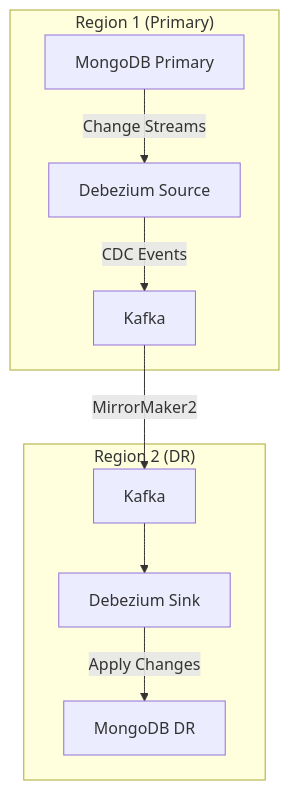
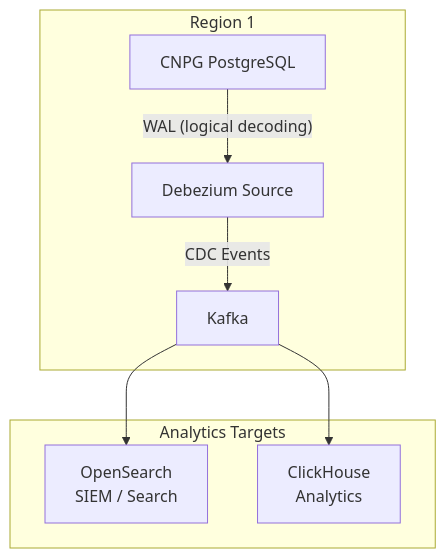
The second of 2 diagrams in platform/debezium/README.md (openova-io/openova), drawn with Mermaid before and after one commit. The commit also changed other lines of this file and 50 other files, not shown here.

````diff
--- a/platform/debezium/README.md
+++ b/platform/debezium/README.md
@@ -69,20 +57,18 @@
 ```mermaid
 flowchart TB
-    subgraph Region1["Region 1 (Primary)"]
-        MG1[MongoDB Primary]
+    subgraph Region1["Region 1"]
+        CNPG1[CNPG PostgreSQL]
         Debezium1[Debezium Source]
-        RP1[Kafka]
+        Kafka1[Kafka]
     end
 
-    subgraph Region2["Region 2 (DR)"]
-        RP2[Kafka]
-        Sink[Debezium Sink]
-        MG2[MongoDB DR]
+    subgraph Analytics["Analytics Targets"]
+        OS[OpenSearch<br/>SIEM / Search]
+        CH[ClickHouse<br/>Analytics]
     end
 
-    MG1 -->|"Change Streams"| Debezium1
-    Debezium1 -->|"CDC Events"| RP1
-    RP1 -->|"MirrorMaker2"| RP2
-    RP2 --> Sink
-    Sink -->|"Apply Changes"| MG2
+    CNPG1 -->|"WAL (logical decoding)"| Debezium1
+    Debezium1 -->|"CDC Events"| Kafka1
+    Kafka1 --> OS
+    Kafka1 --> CH
 ```
````
